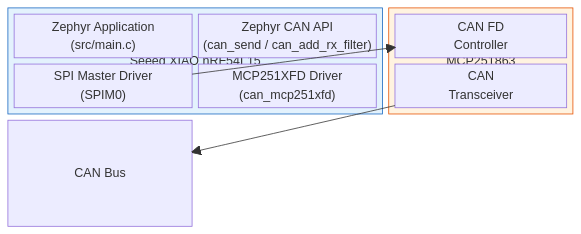
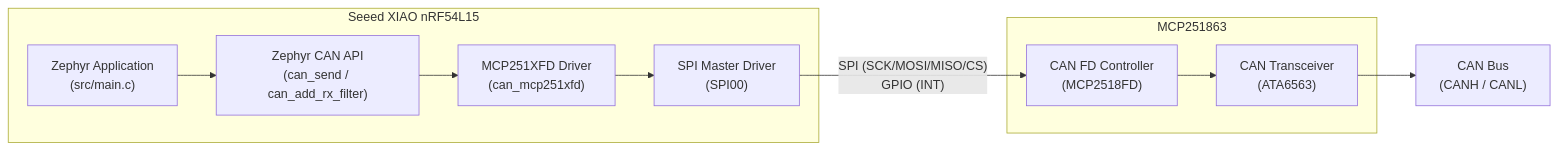
One commit to uist1idrju3i/study-ZephyrCAN changed the first of 5 diagrams in README.md. Above: the diagram before and after it, drawn with Mermaid. The commit also changed other lines of this file and 3 other files, not shown here.

First line of the commit message:
Update documentation: Mermaid diagrams, tx_generation flow, troubleshooting, Kconfig notes

````diff
--- a/README.md
+++ b/README.md
@@ -27,24 +27,17 @@
 ```mermaid
-block-beta
-  columns 3
-
-  block:MCU["Seeed XIAO nRF54L15"]:2
-    columns 2
-    APP["Zephyr Application\n(src/main.c)"]
-    CAN_API["Zephyr CAN API\n(can_send / can_add_rx_filter)"]
-    SPI_DRV["SPI Master Driver\n(SPIM0)"]
-    MCP_DRV["MCP251XFD Driver\n(can_mcp251xfd)"]
-  end
-
-  block:EXT["MCP251863"]:1
-    columns 1
-    CTRL["CAN FD\nController"]
-    XCVR["CAN\nTransceiver"]
-  end
-
-  SPI_DRV --> CTRL
-  XCVR --> BUS["CAN Bus"]
-
-  style MCU fill:#e3f2fd,stroke:#1565c0
-  style EXT fill:#fff3e0,stroke:#e65100
+flowchart LR
+    subgraph MCU["Seeed XIAO nRF54L15"]
+        APP["Zephyr Application\n(src/main.c)"]
+        CAN_API["Zephyr CAN API\n(can_send / can_add_rx_filter)"]
+        MCP_DRV["MCP251XFD Driver\n(can_mcp251xfd)"]
+        SPI_DRV["SPI Master Driver\n(SPI00)"]
+        APP --> CAN_API --> MCP_DRV --> SPI_DRV
+    end
+    subgraph EXT["MCP251863"]
+        CTRL["CAN FD Controller\n(MCP2518FD)"]
+        XCVR["CAN Transceiver\n(ATA6563)"]
+        CTRL --> XCVR
+    end
+    SPI_DRV -- "SPI (SCK/MOSI/MISO/CS)\nGPIO (INT)" --> CTRL
+    XCVR --> BUS["CAN Bus\n(CANH / CANL)"]
 ```
````
